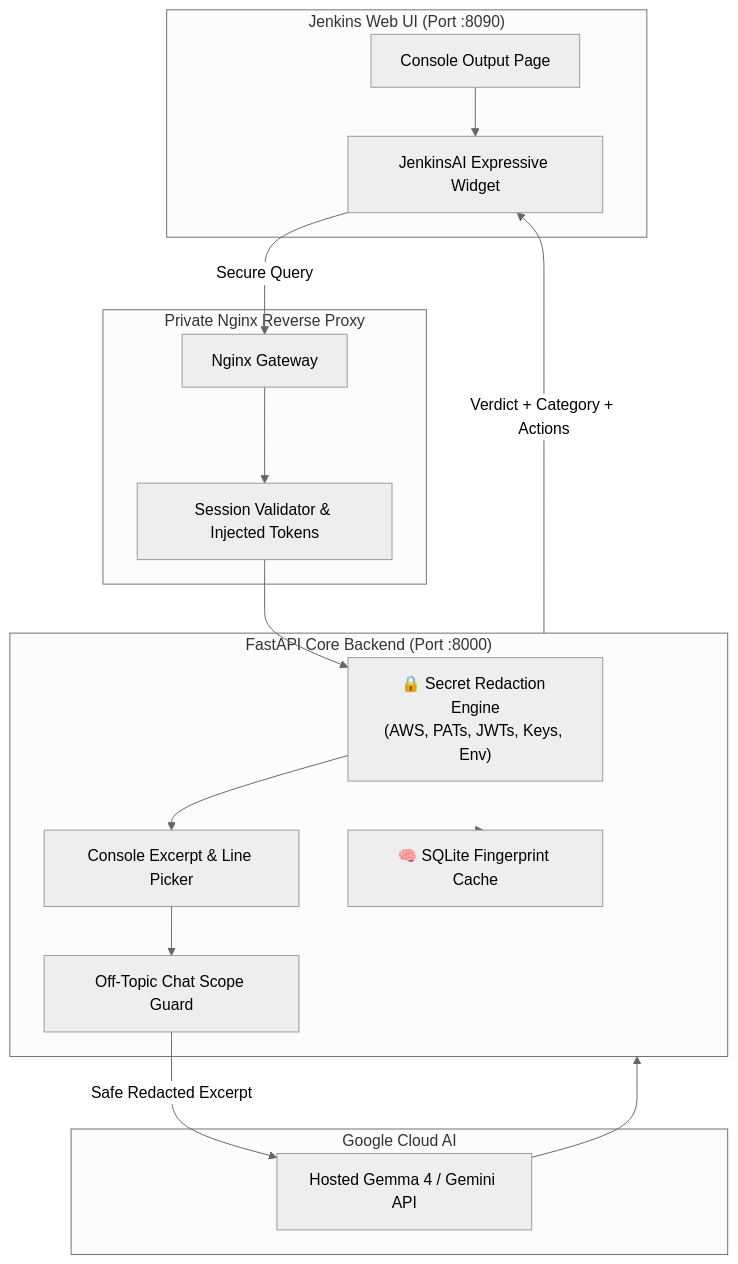
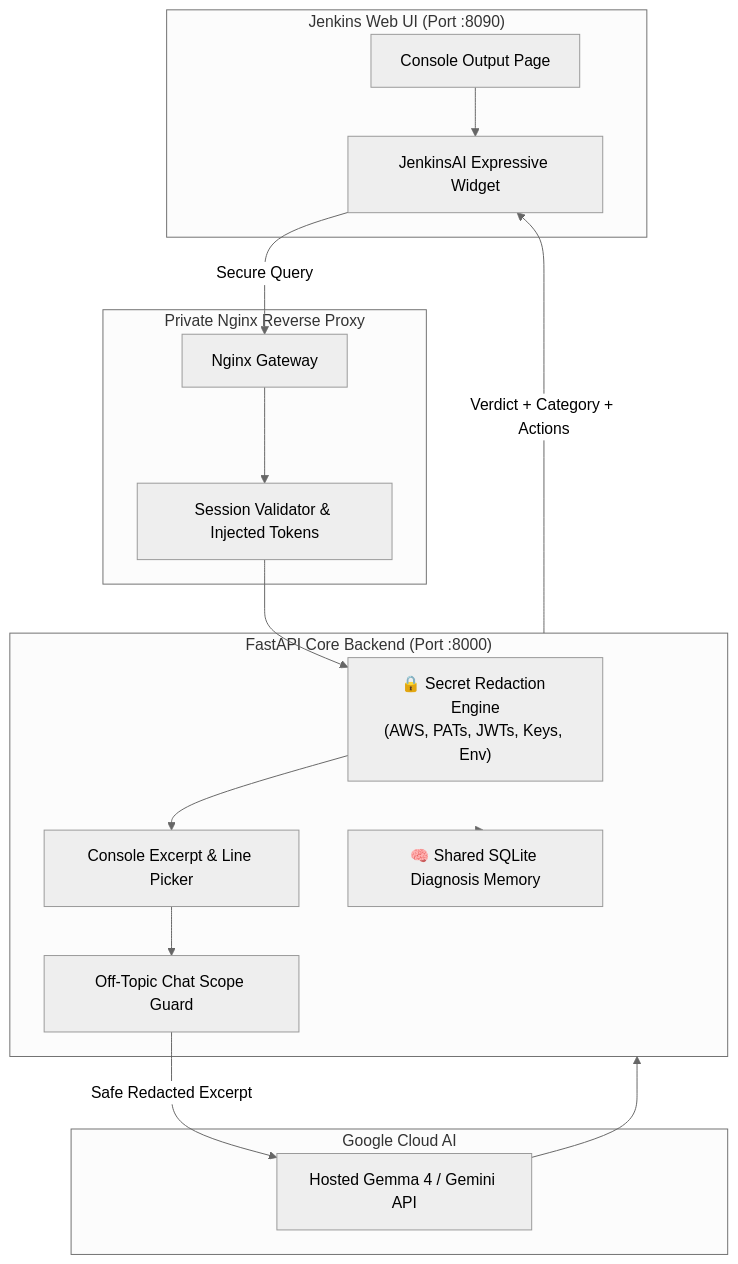
One commit to DEV-GHILDIYAL/JenkinsAI-Bot changed the diagram in README.md. Above: the diagram before and after it, drawn with Mermaid (neutral theme). The commit also changed other lines of this file and 8 other files, not shown here.

````diff
--- a/README.md
+++ b/README.md
@@ -51,34 +51,34 @@
 ```mermaid
 flowchart TD
     subgraph JenkinsUI ["Jenkins Web UI (Port :8090)"]
         Console["Console Output Page"]
         Widget["JenkinsAI Expressive Widget"]
     end
 
     subgraph SecurityGateway ["Private Nginx Reverse Proxy"]
         Nginx["Nginx Gateway"]
         AuthCheck["Session Validator & Injected Tokens"]
     end
 
     subgraph BackendEngine ["FastAPI Core Backend (Port :8000)"]
         Redactor["🔒 Secret Redaction Engine\n(AWS, PATs, JWTs, Keys, Env)"]
         Parser["Console Excerpt & Line Picker"]
-        Memory["🧠 SQLite Fingerprint Cache"]
+        Memory["🧠 Shared SQLite Diagnosis Memory"]
         ScopeGuard["Off-Topic Chat Scope Guard"]
     end
 
     subgraph GoogleAI ["Google Cloud AI"]
         Gemma["Hosted Gemma 4 / Gemini API"]
     end
 
     Console --> Widget
     Widget -->|Secure Query| Nginx
     Nginx --> AuthCheck
     AuthCheck --> Redactor
     Redactor --> Parser
     Parser --> ScopeGuard
     ScopeGuard -->|Safe Redacted Excerpt| Gemma
     Gemma --> BackendEngine
     BackendEngine --> Memory
     BackendEngine -->|Verdict + Category + Actions| Widget
 ```
````
